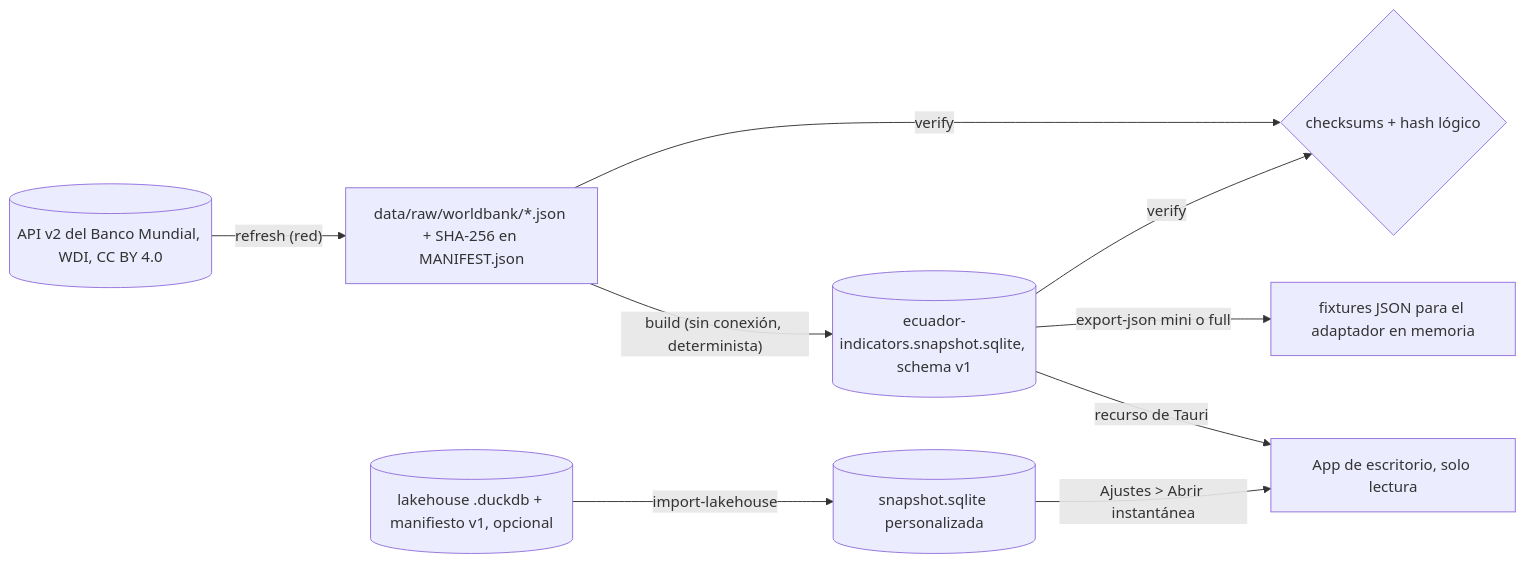
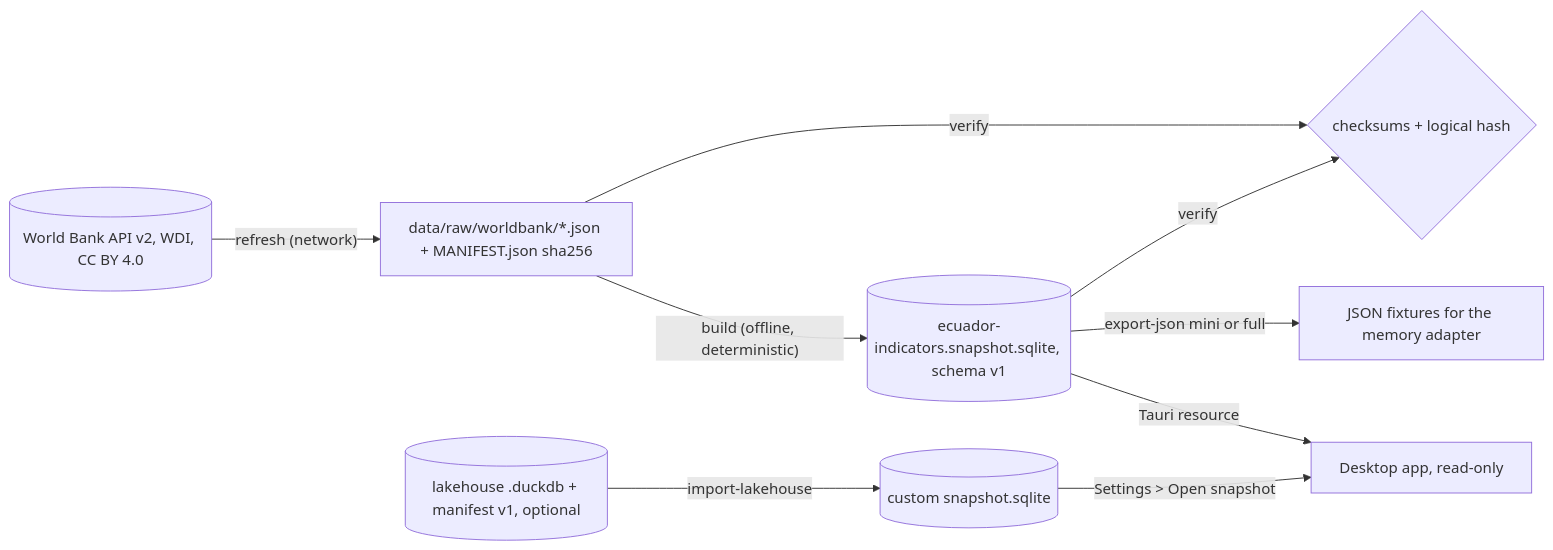
The diagram in docs/DATA.md (Eduardo12Pacheco/indicadores-ecuador-escritorio), drawn with Mermaid before and after one commit. The commit also changed other lines of this file and 5 other files, not shown here.

````diff
--- a/docs/DATA.md
+++ b/docs/DATA.md
@@ -66,11 +66,11 @@
 ```mermaid
 flowchart LR
-  WB[("API v2 del Banco Mundial, WDI, CC BY 4.0")] -->|"refresh (red)"| Raw["data/raw/worldbank/*.json + SHA-256 en MANIFEST.json"]
-  Raw -->|"build (sin conexión, determinista)"| Snap[("ecuador-indicators.snapshot.sqlite, schema v1")]
-  LH[("lakehouse .duckdb + manifiesto v1, opcional")] -->|"import-lakehouse"| Snap2[("snapshot.sqlite personalizada")]
-  Snap -->|"recurso de Tauri"| App["App de escritorio, solo lectura"]
-  Snap2 -->|"Ajustes > Abrir instantánea"| App
-  Snap -->|"export-json mini o full"| Fx["fixtures JSON para el adaptador en memoria"]
-  Raw -->|"verify"| Chk{"checksums + hash lógico"}
+  WB[("World Bank API v2, WDI, CC BY 4.0")] -->|"refresh (network)"| Raw["data/raw/worldbank/*.json + MANIFEST.json sha256"]
+  Raw -->|"build (offline, deterministic)"| Snap[("ecuador-indicators.snapshot.sqlite, schema v1")]
+  LH[("lakehouse .duckdb + manifest v1, optional")] -->|"import-lakehouse"| Snap2[("custom snapshot.sqlite")]
+  Snap -->|"Tauri resource"| App["Desktop app, read-only"]
+  Snap2 -->|"Settings > Open snapshot"| App
+  Snap -->|"export-json mini or full"| Fx["JSON fixtures for the memory adapter"]
+  Raw -->|"verify"| Chk{"checksums + logical hash"}
   Snap -->|"verify"| Chk
 ```
````
